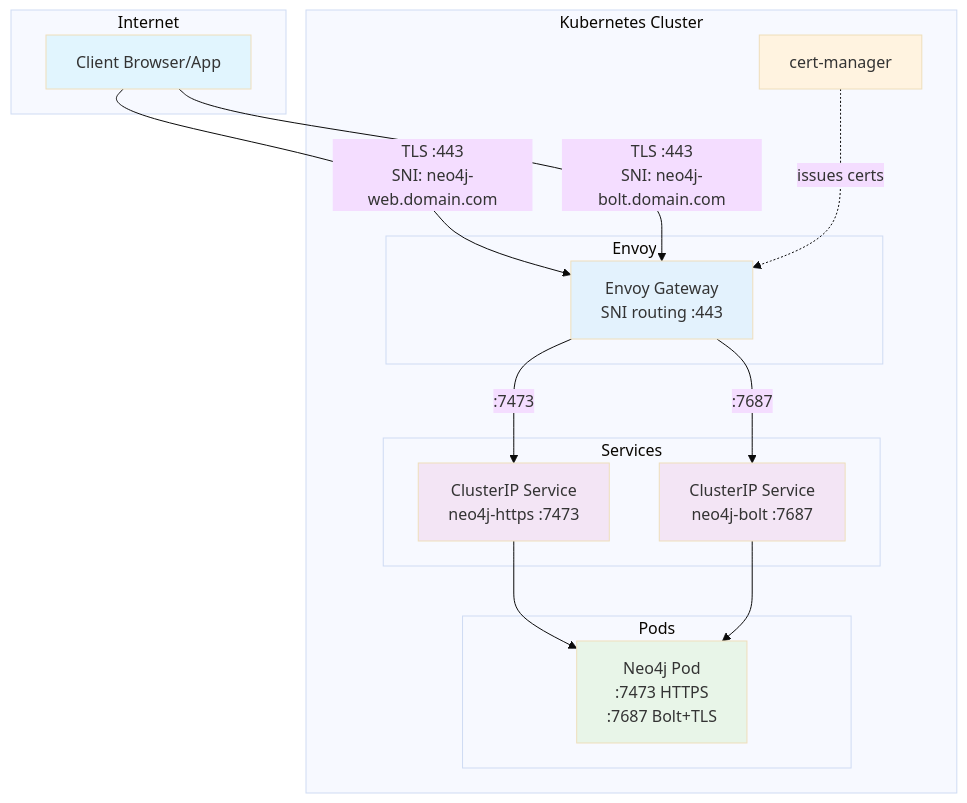
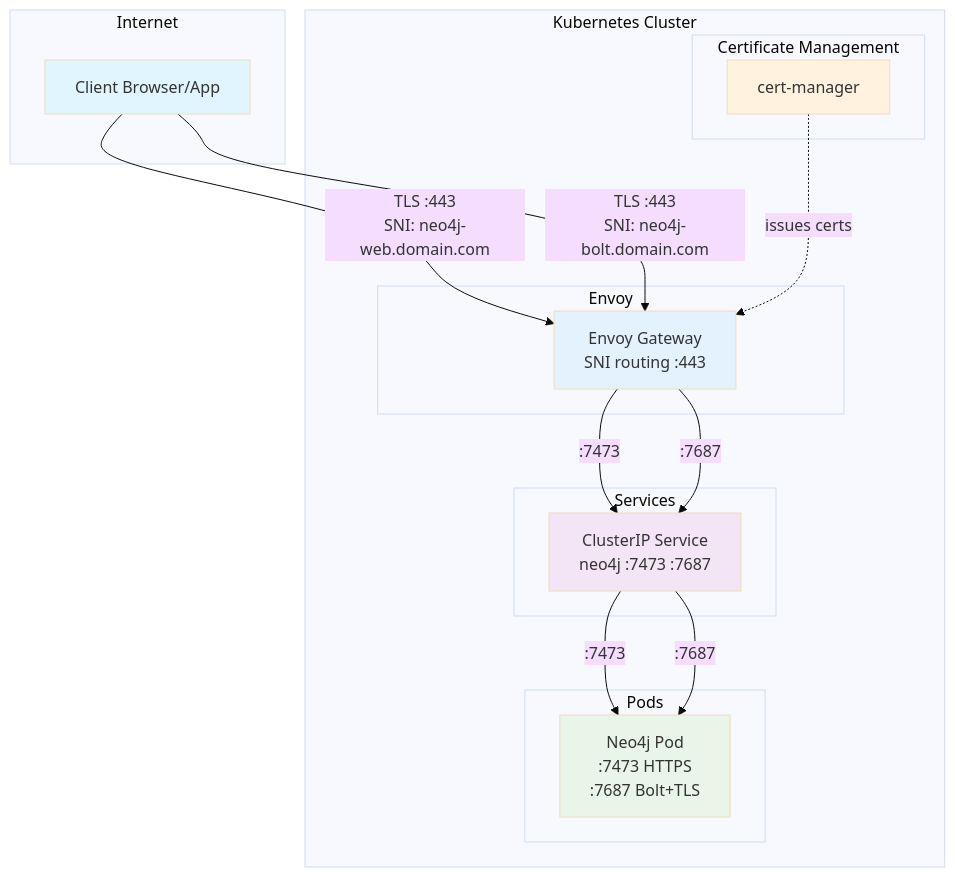
Before and after one commit to chboudry/neo4j-kubernetes: the sixth of 6 diagrams in readme_network.md, drawn with Mermaid (base theme). The commit also changed other lines of this file, not shown here.

Commit message:
Update network architecture diagrams in README to clarify service configurations and improve accuracy of port mappings

````diff
--- a/readme_network.md
+++ b/readme_network.md
@@ -296,35 +305,35 @@
 ```mermaid
 graph TB
     subgraph "Internet"
         Client[Client Browser/App]
     end
 
     subgraph "Kubernetes Cluster"
         subgraph "Envoy"
             IC[Envoy Gateway<br/>SNI routing :443]
         end
         subgraph "Services"
-            Neo4jHTTPS[ClusterIP Service<br/>neo4j-https :7473]
-            Neo4jBolt[ClusterIP Service<br/>neo4j-bolt :7687]
+            Neo4jSvc[ClusterIP Service<br/>neo4j :7473 :7687]
         end
         subgraph "Pods"
             Neo4j[Neo4j Pod<br/>:7473 HTTPS<br/>:7687 Bolt+TLS]
         end
-        CM[cert-manager]
+        subgraph "Certificate Management"
+            CM[cert-manager]
+        end
     end
 
     Client -->|TLS :443<br/>SNI: neo4j-web.domain.com| IC
     Client -->|TLS :443<br/>SNI: neo4j-bolt.domain.com| IC
-    IC -->|:7473| Neo4jHTTPS
-    IC -->|:7687| Neo4jBolt
-    Neo4jHTTPS --> Neo4j
-    Neo4jBolt --> Neo4j
+    IC -->|:7473| Neo4jSvc
+    IC -->|:7687| Neo4jSvc
+    Neo4jSvc -->|:7473| Neo4j
+    Neo4jSvc -->|:7687| Neo4j
     CM -.->|issues certs| IC
 
     style Client fill:#e1f5fe
     style IC fill:#e3f2fd
-    style Neo4jHTTPS fill:#f3e5f5
-    style Neo4jBolt fill:#f3e5f5
+    style Neo4jSvc fill:#f3e5f5
     style Neo4j fill:#e8f5e8
     style CM fill:#fff3e0
 ```
````
